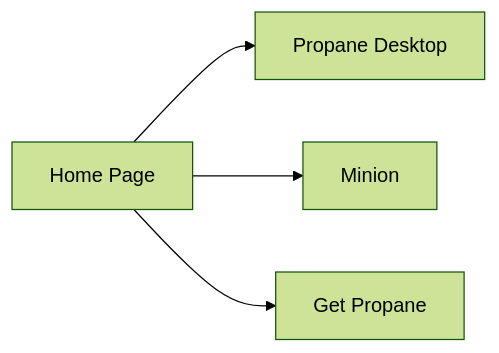
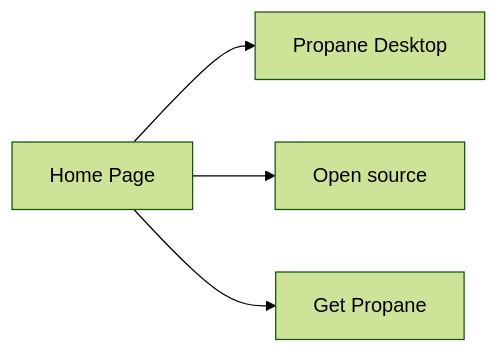
The diagram in .propane/diagrams/page-flow.mmd (bwowsersource/propane-landingpage), drawn with Mermaid (forest theme) before and after one commit. The commit also changed 12 other files, not shown here.

```diff
--- a/.propane/diagrams/page-flow.mmd
+++ b/.propane/diagrams/page-flow.mmd
@@ -1,10 +1,10 @@
 %% title: Propane Landing Page Flow
-%% summary: Shows the user journey from the landing page to the product overview, Propane Desktop, and Minion sections. There is no sign-up step, since the site has no signup flow.
+%% summary: Shows the user journey from the landing page to the product overview, Propane Desktop, and Open source (Minion) sections. There is no sign-up step, since the site has no signup flow.
 flowchart LR
     A[Home Page]
     B[Propane Desktop]
-    C[Minion]
+    C[Open source]
     D[Get Propane]
     A --> B
     A --> C
     A --> D
```
